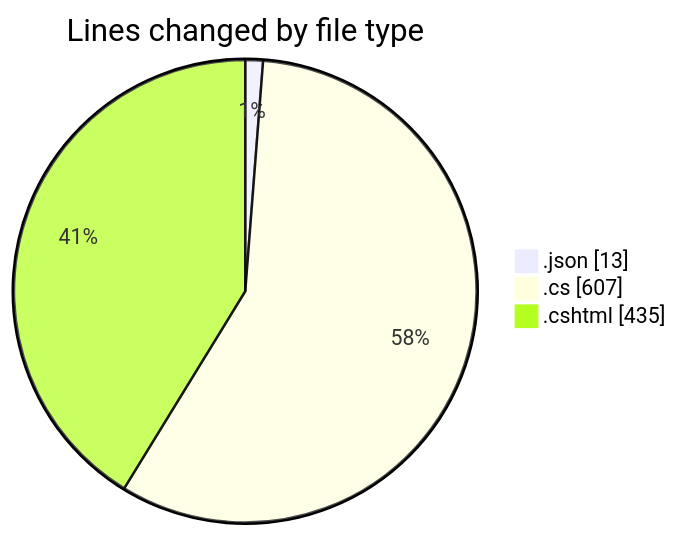
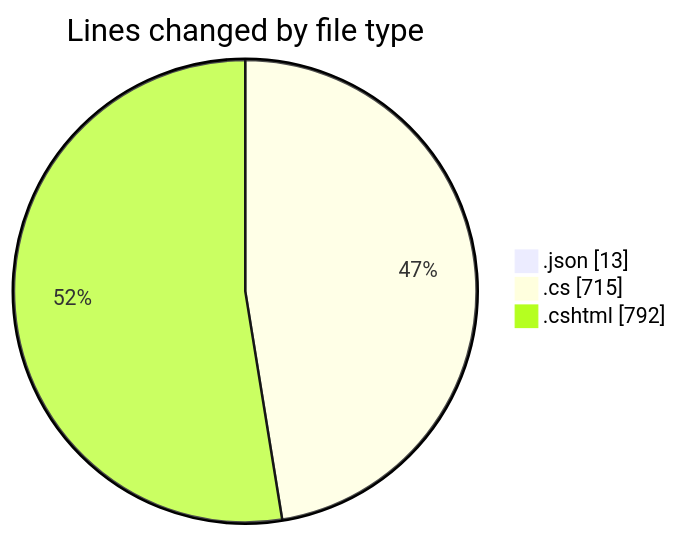
Before and after one commit to lephambinh05/code-tracking: the first of 2 diagrams in 2025-07-23/cnpm_th_ba/README.md, drawn with Mermaid. The commit also changed other lines of this file and 1 other file, not shown here.

````diff
--- a/2025-07-23/cnpm_th_ba/README.md
+++ b/2025-07-23/cnpm_th_ba/README.md
@@ -22,7 +22,7 @@
 ```mermaid
 pie showData
 title Lines changed by file type
 ".json" : 13
-".cs" : 607
-".cshtml" : 435
+".cs" : 715
+".cshtml" : 792
 ```
````
